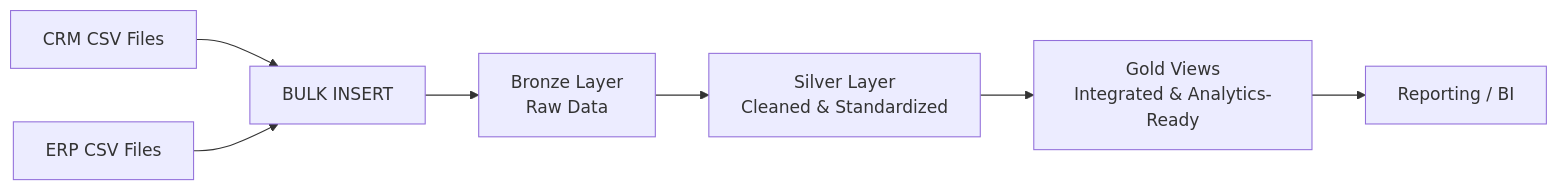
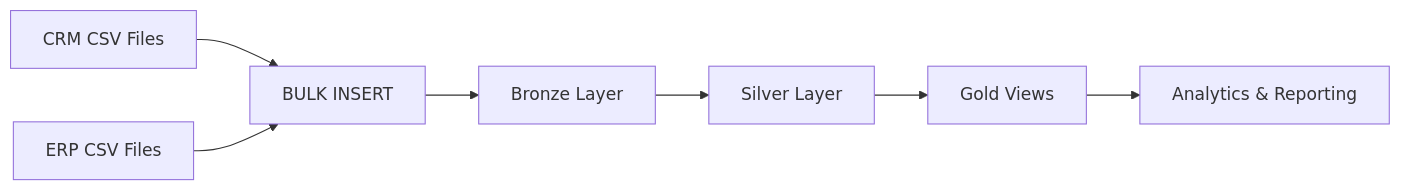
Before and after one commit to mridhultp/sql-data-warehouse-project: the diagram in README.md, drawn with Mermaid. The commit also changed other lines of this file, not shown here.

````diff
--- a/README.md
+++ b/README.md
@@ -7,9 +7,9 @@
 ```mermaid
 flowchart LR
-    A[CRM CSV Files] --> B[BULK INSERT]
-    C[ERP CSV Files] --> B
-    B --> D[Bronze Layer<br/>Raw Data]
-    D --> E[Silver Layer<br/>Cleaned & Standardized]
-    E --> F[Gold Views<br/>Integrated & Analytics-Ready]
-    F --> G[Reporting / BI]
+    A[CRM CSV Files] --> C[BULK INSERT]
+    B[ERP CSV Files] --> C
+    C --> D[Bronze Layer]
+    D --> E[Silver Layer]
+    E --> F[Gold Views]
+    F --> G[Analytics & Reporting]
 ```
````
